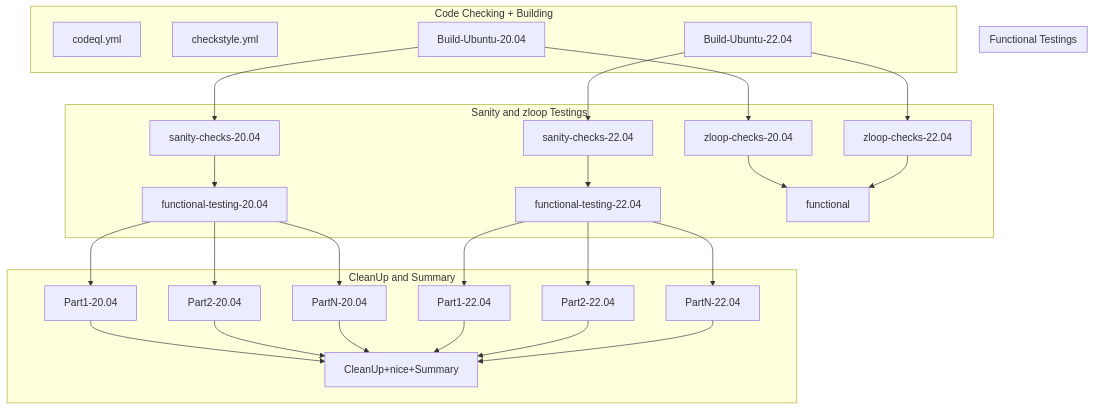
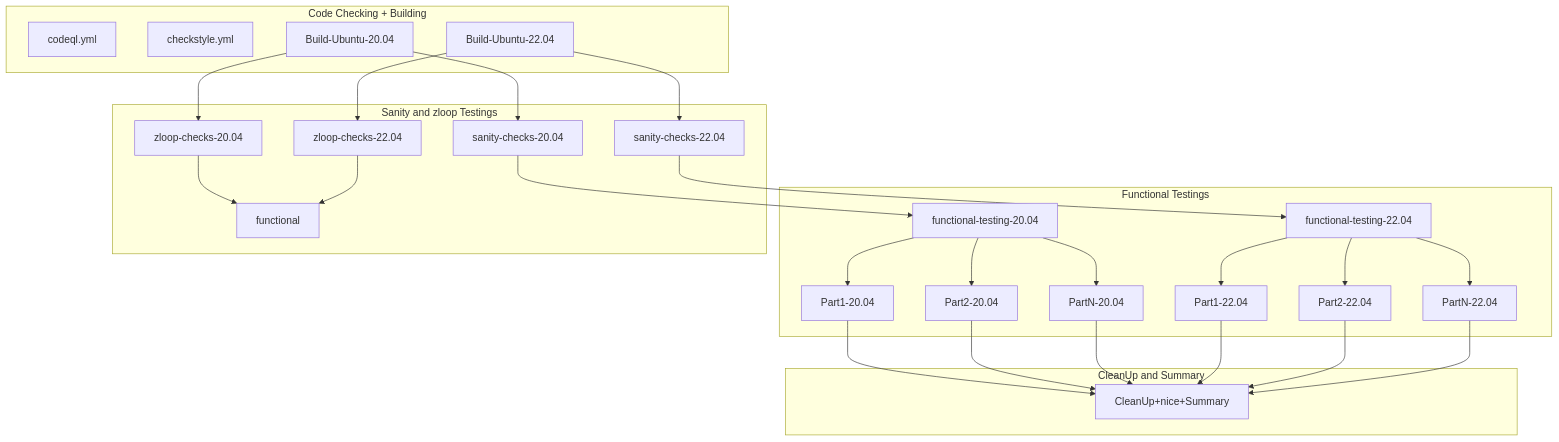
Before and after one commit to andrewc12/openzfs: the diagram in .github/workflows/README.md, drawn with Mermaid.

````diff
--- a/.github/workflows/README.md
+++ b/.github/workflows/README.md
@@ -4,36 +4,37 @@
 ```mermaid
 flowchart TB
 subgraph CleanUp and Summary
-  Part1-20.04-->CleanUp+nice+Summary
-  Part2-20.04-->CleanUp+nice+Summary
-  PartN-20.04-->CleanUp+nice+Summary
-  Part1-22.04-->CleanUp+nice+Summary
-  Part2-22.04-->CleanUp+nice+Summary
-  PartN-22.04-->CleanUp+nice+Summary
-end
-
-subgraph Sanity and zloop Testings
-  sanity-checks-20.04-->functional-testing-20.04
-  sanity-checks-22.04-->functional-testing-22.04
-  zloop-checks-20.04-->functional
-  zloop-checks-22.04-->functional
+  CleanUp+nice+Summary
 end
 
 subgraph Functional Testings
   functional-testing-20.04-->Part1-20.04
   functional-testing-20.04-->Part2-20.04
   functional-testing-20.04-->PartN-20.04
   functional-testing-22.04-->Part1-22.04
   functional-testing-22.04-->Part2-22.04
   functional-testing-22.04-->PartN-22.04
 end
 
+subgraph Sanity and zloop Testings
+  sanity-checks-20.04-->functional-testing-20.04
+  sanity-checks-22.04-->functional-testing-22.04
+  zloop-checks-20.04-->functional
+  zloop-checks-22.04-->functional
+end
+
 subgraph Code Checking + Building
   codeql.yml
   checkstyle.yml
   Build-Ubuntu-20.04-->sanity-checks-20.04
   Build-Ubuntu-22.04-->sanity-checks-22.04
   Build-Ubuntu-20.04-->zloop-checks-20.04
   Build-Ubuntu-22.04-->zloop-checks-22.04
 end
+  Part1-20.04-->CleanUp+nice+Summary
+  Part2-20.04-->CleanUp+nice+Summary
+  PartN-20.04-->CleanUp+nice+Summary
+  Part1-22.04-->CleanUp+nice+Summary
+  Part2-22.04-->CleanUp+nice+Summary
+  PartN-22.04-->CleanUp+nice+Summary
 ```
````
